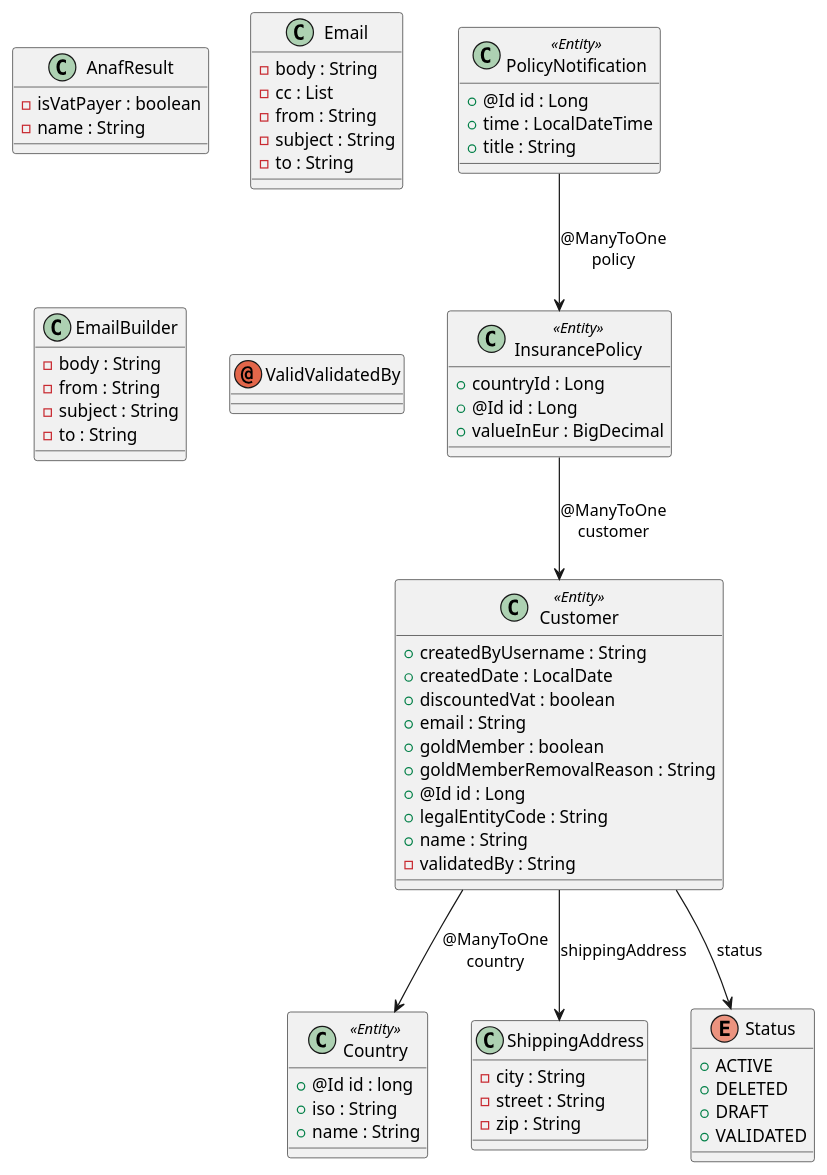
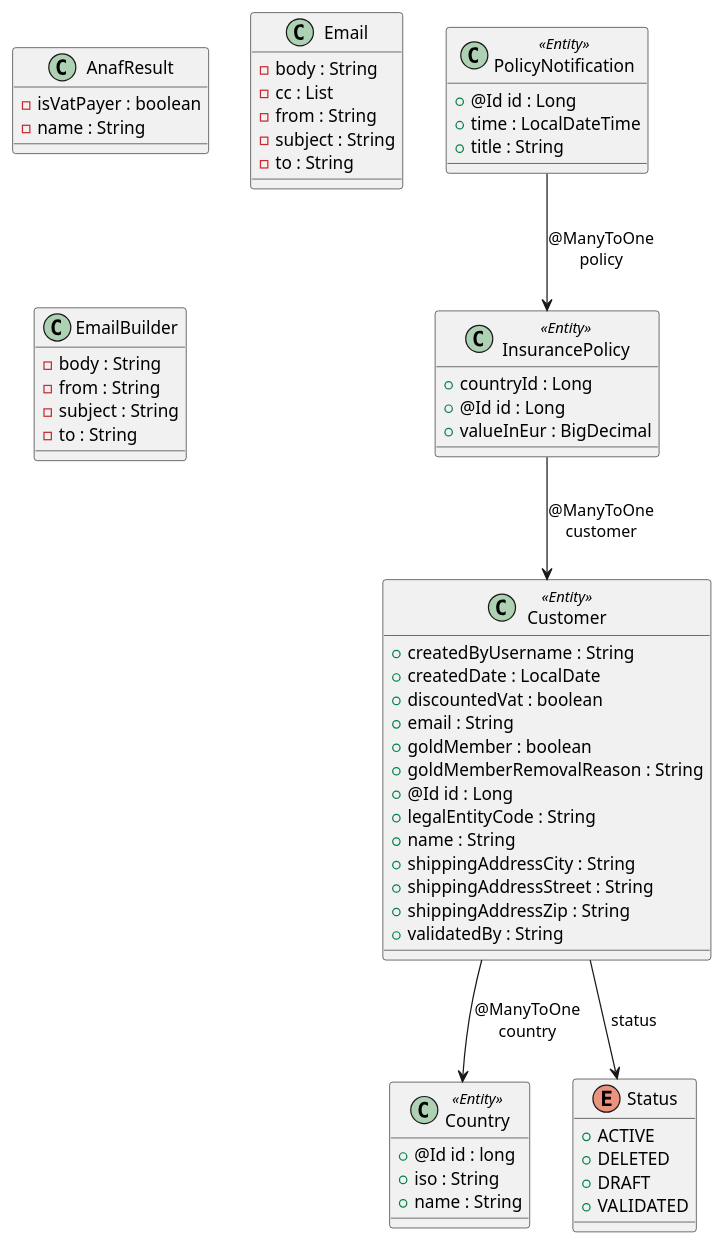
Before and after one commit to victorrentea/clean-architecture: the diagram in clean-application/domain.puml, drawn with PlantUML. The commit also changed 3 other files, not shown here.

```diff
--- a/clean-application/domain.puml
+++ b/clean-application/domain.puml
@@ -1,87 +1,80 @@
 @startuml
 
 class AnafResult {
 	{field} -isVatPayer : boolean
 	{field} -name : String
 }
 
 
 class Country <<Entity>>  {
 	{field} +@Id id : long
 	{field} +iso : String
 	{field} +name : String
 }
 
 
 class Customer <<Entity>>  {
 	{field} +createdByUsername : String
 	{field} +createdDate : LocalDate
 	{field} +discountedVat : boolean
 	{field} +email : String
 	{field} +goldMember : boolean
 	{field} +goldMemberRemovalReason : String
 	{field} +@Id id : Long
 	{field} +legalEntityCode : String
 	{field} +name : String
-	{field} -validatedBy : String
+	{field} +shippingAddressCity : String
+	{field} +shippingAddressStreet : String
+	{field} +shippingAddressZip : String
+	{field} +validatedBy : String
 }
 
 
 class Email {
 	{field} -body : String
 	{field} -cc : List
 	{field} -from : String
 	{field} -subject : String
 	{field} -to : String
 }
 
 
 class EmailBuilder {
 	{field} -body : String
 	{field} -from : String
 	{field} -subject : String
 	{field} -to : String
 }
 
 
 class InsurancePolicy <<Entity>>  {
 	{field} +countryId : Long
 	{field} +@Id id : Long
 	{field} +valueInEur : BigDecimal
 }
 
 
 class PolicyNotification <<Entity>>  {
 	{field} +@Id id : Long
 	{field} +time : LocalDateTime
 	{field} +title : String
 }
 
 
-class ShippingAddress {
-	{field} -city : String
-	{field} -street : String
-	{field} -zip : String
-}
-
-
 enum Status {
 	{field} +ACTIVE
 	{field} +DELETED
 	{field} +DRAFT
 	{field} +VALIDATED
 }
 
 
-annotation ValidValidatedBy
-
 
 
 Customer -->  Country :  @ManyToOne\ncountry
-Customer -->  ShippingAddress : shippingAddress
 Customer -->  Status : status
 InsurancePolicy -->  Customer :  @ManyToOne\ncustomer
 PolicyNotification -->  InsurancePolicy :  @ManyToOne\npolicy
 
 
 @enduml
```
